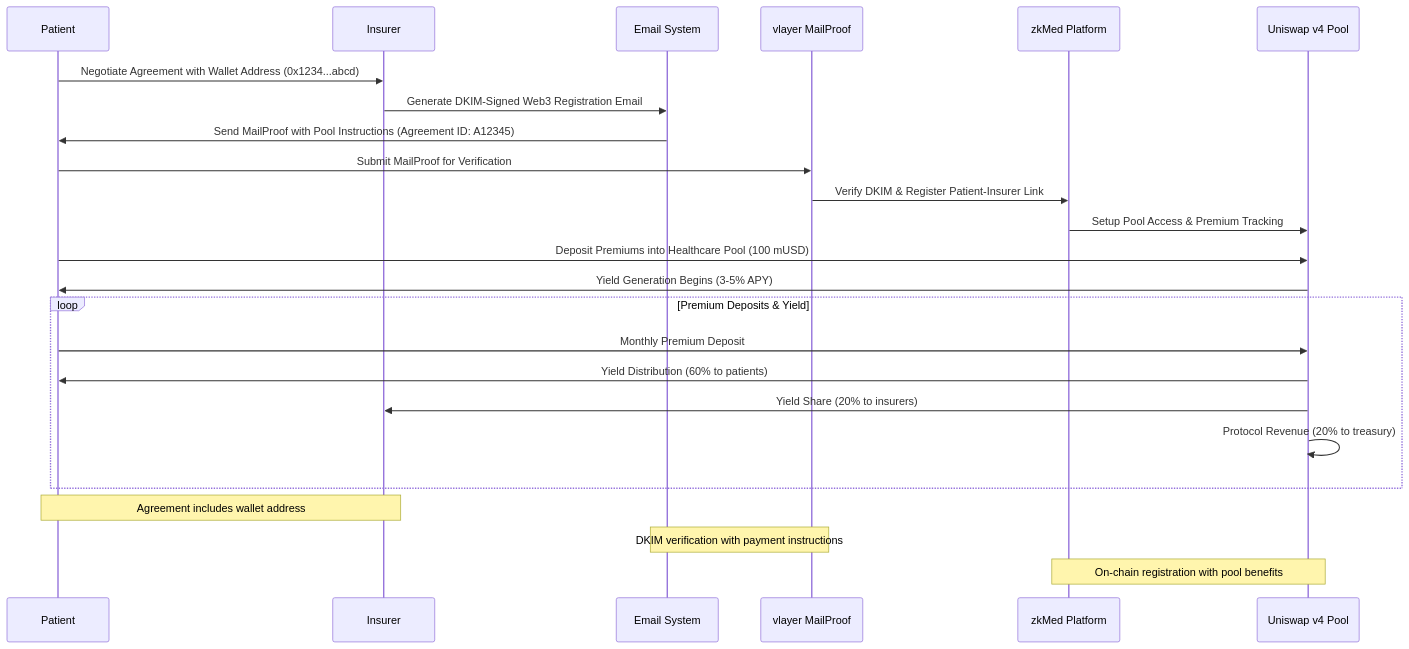
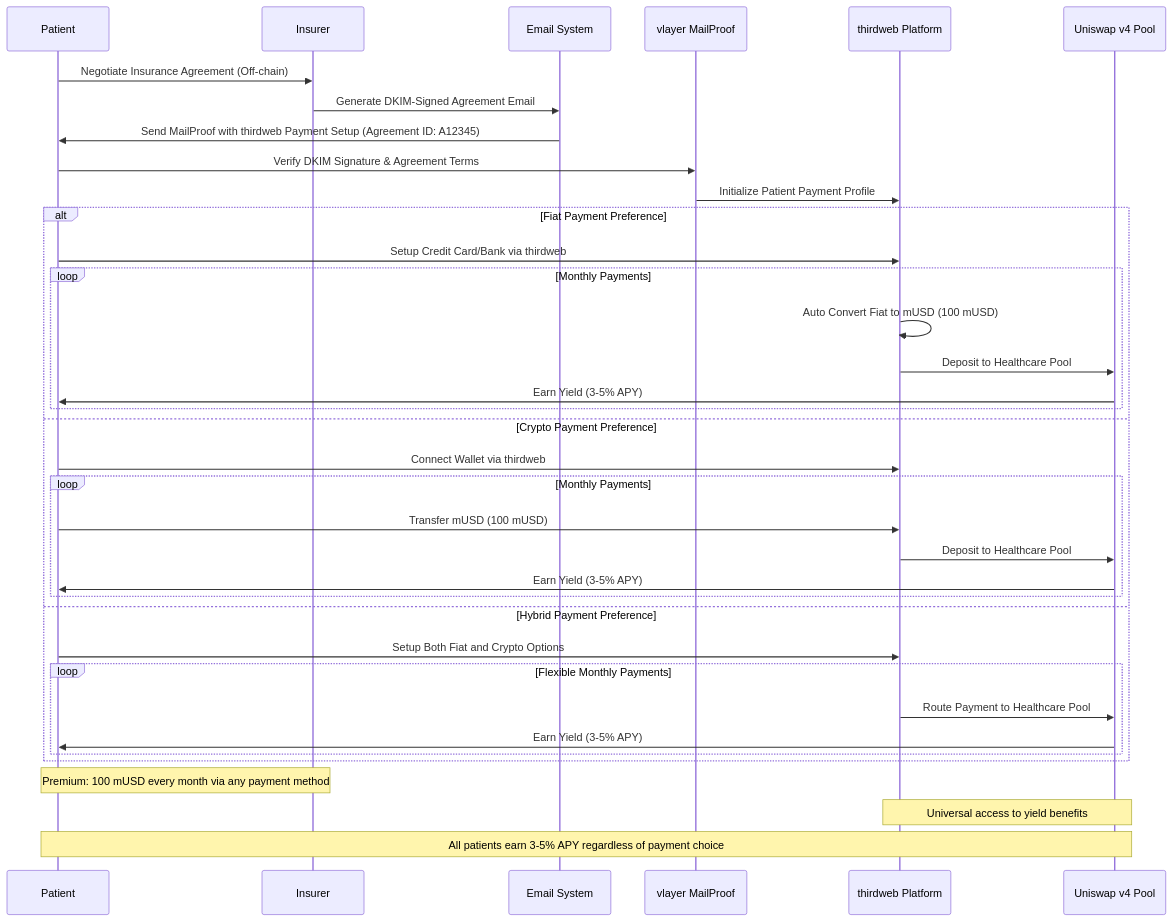
One commit to ppezzull/zkMed changed the first of 6 diagrams in memory-bank/projectbrief.md. Above: the diagram before and after it, drawn with Mermaid. The commit also changed other lines of this file and 3 other files, not shown here.

````diff
--- a/memory-bank/projectbrief.md
+++ b/memory-bank/projectbrief.md
@@ -65,29 +38,41 @@
 ```mermaid
 sequenceDiagram
     participant P as Patient
     participant I as Insurer
     participant E as Email System
     participant V as vlayer MailProof
-    participant Z as zkMed Platform
+    participant T as thirdweb Platform
     participant U as Uniswap v4 Pool
 
-    P->>I: Negotiate Agreement with Wallet Address (0x1234...abcd)
-    I->>E: Generate DKIM-Signed Web3 Registration Email
-    E->>P: Send MailProof with Pool Instructions (Agreement ID: A12345)
-    P->>V: Submit MailProof for Verification
-    V->>Z: Verify DKIM & Register Patient-Insurer Link
-    Z->>U: Setup Pool Access & Premium Tracking
-    P->>U: Deposit Premiums into Healthcare Pool (100 mUSD)
-    U->>P: Yield Generation Begins (3-5% APY)
+    P->>I: Negotiate Insurance Agreement (Off-chain)
+    I->>E: Generate DKIM-Signed Agreement Email
+    E->>P: Send MailProof with thirdweb Payment Setup (Agreement ID: A12345)
+    P->>V: Verify DKIM Signature & Agreement Terms
+    V->>T: Initialize Patient Payment Profile
     
-    loop Premium Deposits & Yield
-        P->>U: Monthly Premium Deposit
-        U->>P: Yield Distribution (60% to patients)
-        U->>I: Yield Share (20% to insurers)
-        U->>U: Protocol Revenue (20% to treasury)
+    alt Fiat Payment Preference
+        P->>T: Setup Credit Card/Bank via thirdweb
+        loop Monthly Payments
+            T->>T: Auto Convert Fiat to mUSD (100 mUSD)
+            T->>U: Deposit to Healthcare Pool
+            U->>P: Earn Yield (3-5% APY)
+        end
+    else Crypto Payment Preference
+        P->>T: Connect Wallet via thirdweb
+        loop Monthly Payments
+            P->>T: Transfer mUSD (100 mUSD)
+            T->>U: Deposit to Healthcare Pool
+            U->>P: Earn Yield (3-5% APY)
+        end
+    else Hybrid Payment Preference
+        P->>T: Setup Both Fiat and Crypto Options
+        loop Flexible Monthly Payments
+            T->>U: Route Payment to Healthcare Pool
+            U->>P: Earn Yield (3-5% APY)
+        end
     end
     
-    Note over P,I: Agreement includes wallet address
-    Note over E,V: DKIM verification with payment instructions
-    Note over Z,U: On-chain registration with pool benefits
+    Note over P,I: Premium: 100 mUSD every month via any payment method
+    Note over T,U: Universal access to yield benefits
+    Note over U,P: All patients earn 3-5% APY regardless of payment choice
 ```
````
